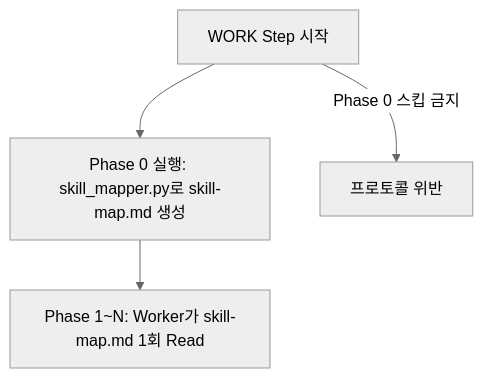
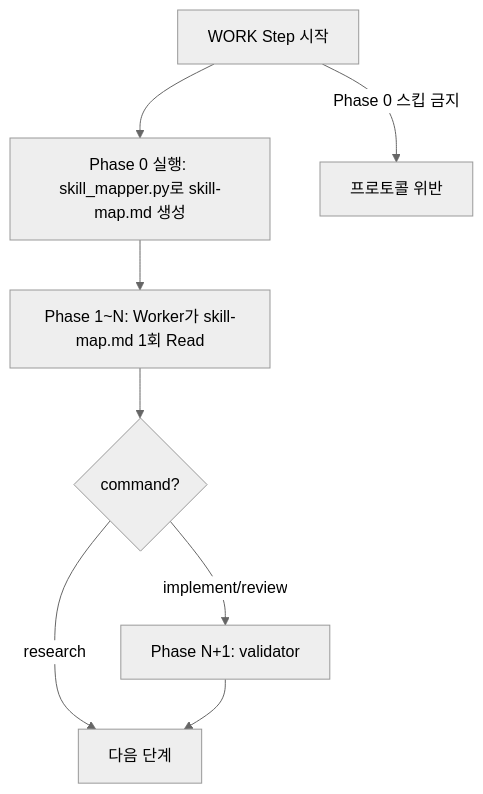
Before and after one commit to KoreanLeeChangHyun/claude-workflow: the first of 2 diagrams in .claude/skills/workflow-orchestration/step-work.md, drawn with Mermaid (neutral theme). The commit also changed other lines of this file and 11 other files, not shown here.

````diff
--- a/.claude/skills/workflow-orchestration/step-work.md
+++ b/.claude/skills/workflow-orchestration/step-work.md
@@ -123,6 +124,10 @@
 ```mermaid
 flowchart TD
     START[WORK Step 시작] --> P0[Phase 0 실행: skill_mapper.py로 skill-map.md 생성]
     P0 --> P1[Phase 1~N: Worker가 skill-map.md 1회 Read]
+    P1 --> CHECK{command?}
+    CHECK -->|implement/review| VPH[Phase N+1: validator]
+    CHECK -->|research| NEXT[다음 단계]
+    VPH --> NEXT
     START --> |"Phase 0 스킵 금지"| FAIL[프로토콜 위반]
 ```
````
